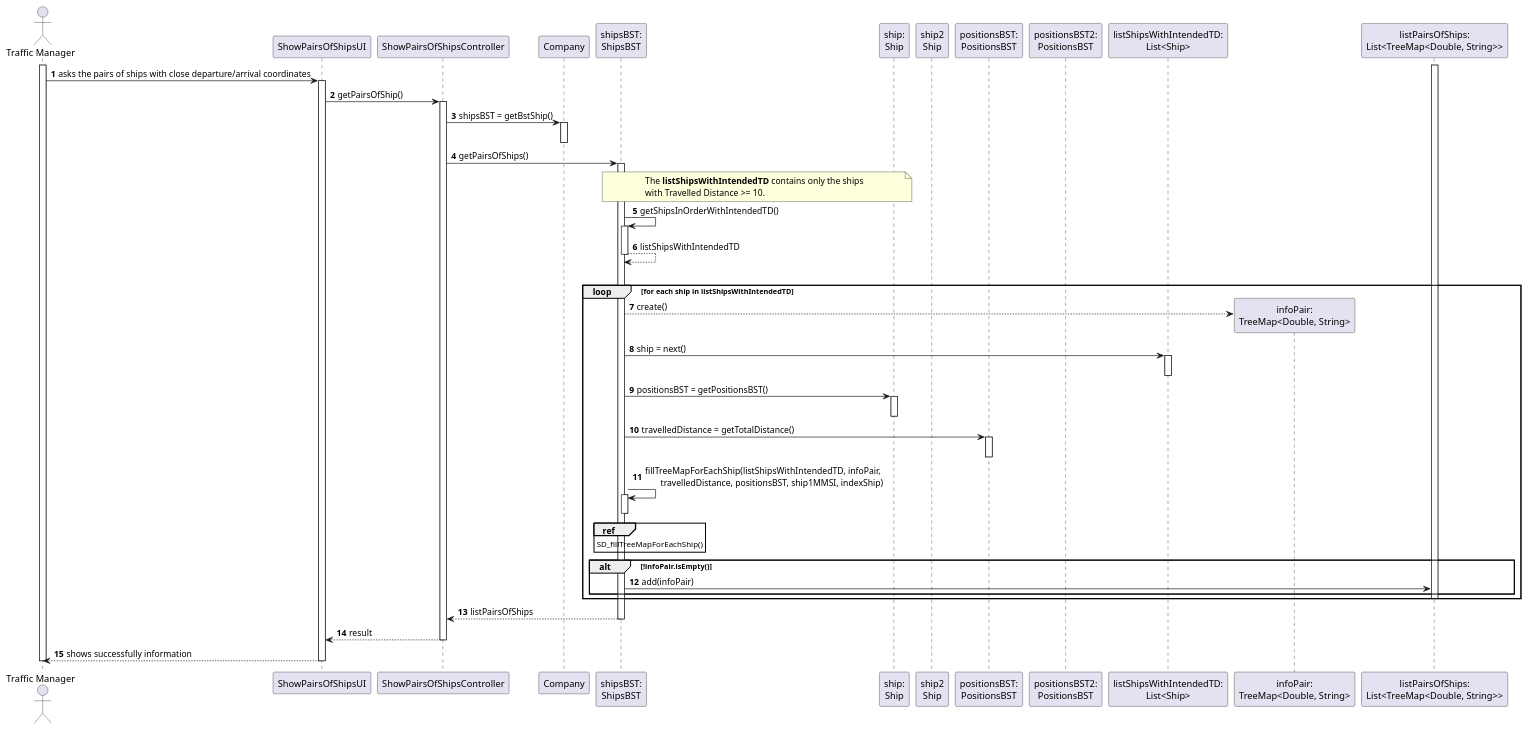
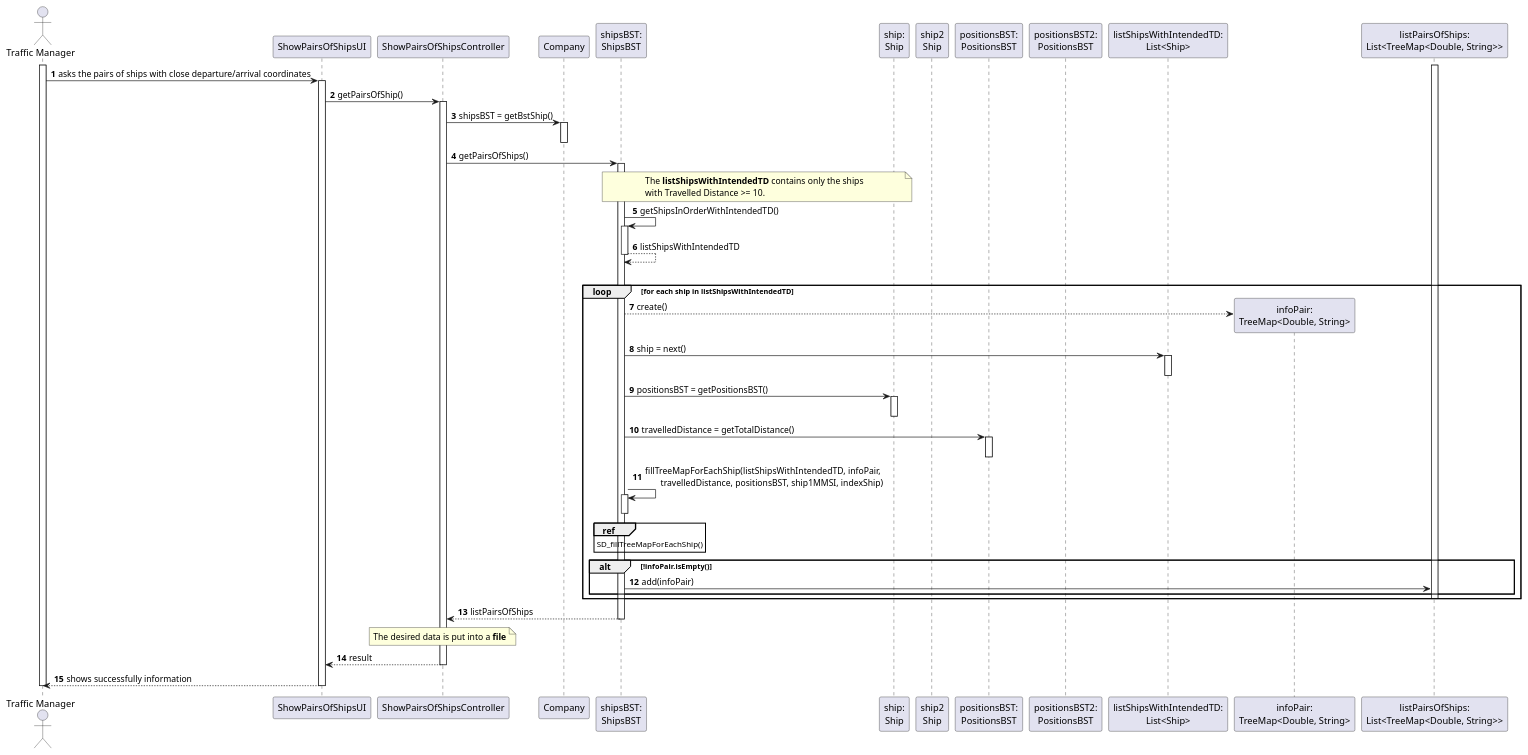
The diagram in docs/US107/US107_SD.puml (ana-albergaria/LAPR3-ISEP), drawn with PlantUML before and after one commit. The commit also changed 5 other files, not shown here.

```diff
--- a/docs/US107/US107_SD.puml
+++ b/docs/US107/US107_SD.puml
@@ -1,88 +1,91 @@
 @startuml
 
 
 autonumber
 actor "Traffic Manager" as TM
 
 participant "ShowPairsOfShipsUI" as UI
 participant "ShowPairsOfShipsController" as CTRL
 participant "Company" as COMP
 participant "shipsBST:\nShipsBST" as BstShip
 participant "ship:\nShip" as S
 participant "ship2\nShip" as S2
 /'participant "ShipPosition" as SP'/
 participant "positionsBST:\nPositionsBST" as BstPosition
 participant "positionsBST2:\nPositionsBST" as BstPosition2
 participant "listShipsWithIntendedTD:\nList<Ship>" as ITERATOR
 participant "infoPair:\nTreeMap<Double, String>" as TREEMAP
 participant "listPairsOfShips:\nList<TreeMap<Double, String>>" as LIST
 
 
 activate TM
 TM -> "UI" : asks the pairs of ships with close departure/arrival coordinates
 activate "UI"
 UI -> CTRL : getPairsOfShip()
 activate CTRL
 CTRL -> COMP : shipsBST = getBstShip()
 activate COMP
 deactivate COMP
 CTRL -> BstShip : getPairsOfShips()
 /'decide what kind of list'/
 activate BstShip
 /'BstShip -> BstShip : listOfShips = inOrder() '/
 note over BstShip, S
 The **listShipsWithIntendedTD** contains only the ships
 with Travelled Distance >= 10.
 end note
 BstShip -> BstShip : getShipsInOrderWithIntendedTD()
 activate BstShip
 BstShip --> BstShip : listShipsWithIntendedTD
 deactivate BstShip
 |||
 loop for each ship in listShipsWithIntendedTD
 BstShip --> TREEMAP** : create()
 BstShip -> ITERATOR : ship = next()
 activate ITERATOR
 deactivate ITERATOR
 /'BstShip -> S : travelledDistance = getTravelledDistance()
 activate S
 deactivate S
 '/
 BstShip -> S : positionsBST = getPositionsBST()
 activate S
 deactivate S
 BstShip -> BstPosition : travelledDistance = getTotalDistance()
 activate BstPosition
 deactivate BstPosition
 BstShip -> BstShip : fillTreeMapForEachShip(listShipsWithIntendedTD, infoPair, \n       travelledDistance, positionsBST, ship1MMSI, indexShip)
 ref over BstShip
 SD_fillTreeMapForEachShip()
 end
 activate BstShip
 deactivate BstShip
 /'alteração alt em baixo: travelledDistance2 >= 10 em vez de > 10'/
 /'alt travelledDistance >= 10'/
 
 alt !infoPair.isEmpty()
 BstShip -> LIST : add(infoPair)
 end
 activate LIST
 deactivate LIST
 /'end'/
 end
 
 BstShip --> CTRL : listPairsOfShips
 deactivate BstShip
+note over CTRL
+The desired data is put into a **file**
+end note
 CTRL --> UI : result
 deactivate CTRL
 "UI" --> TM : shows successfully information
 
 deactivate "UI"
 
 
 
 
 
 deactivate TM
 
 @enduml
```
